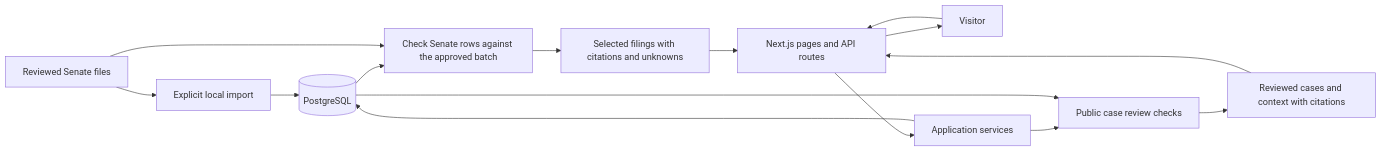
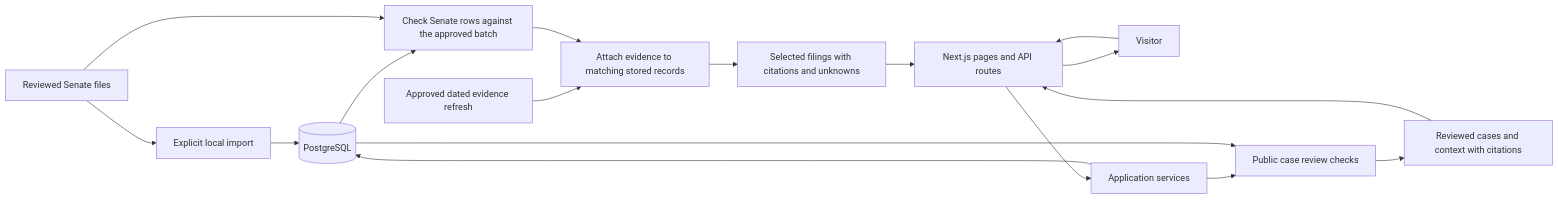
The diagram in README.md (marckengland/bakit-kita-iboboto-public), drawn with Mermaid before and after one commit. The commit also changed other lines of this file and 61 other files, not shown here.

First line of the commit message:
Refresh reviewed Senate records and release verification

````diff
--- a/README.md
+++ b/README.md
@@ -42,17 +48,19 @@
 ```mermaid
 flowchart LR
     Batch["Reviewed Senate files"] --> Import["Explicit local import"]
     Import --> DB[("PostgreSQL")]
     Visitor["Visitor"] --> App["Next.js pages and API routes"]
     App --> Services["Application services"]
     Services --> DB
     Services --> Review["Public case review checks"]
     DB --> Senate["Check Senate rows against the approved batch"]
     Batch --> Senate
-    Senate --> Filings["Selected filings with citations and unknowns"]
+    Refresh["Approved dated evidence refresh"] --> History["Attach evidence to matching stored records"]
+    Senate --> History
+    History --> Filings["Selected filings with citations and unknowns"]
     Filings --> App
     DB --> Review
     Review --> Records["Reviewed cases and context with citations"]
     Records --> App
     App --> Visitor
 ```
````
